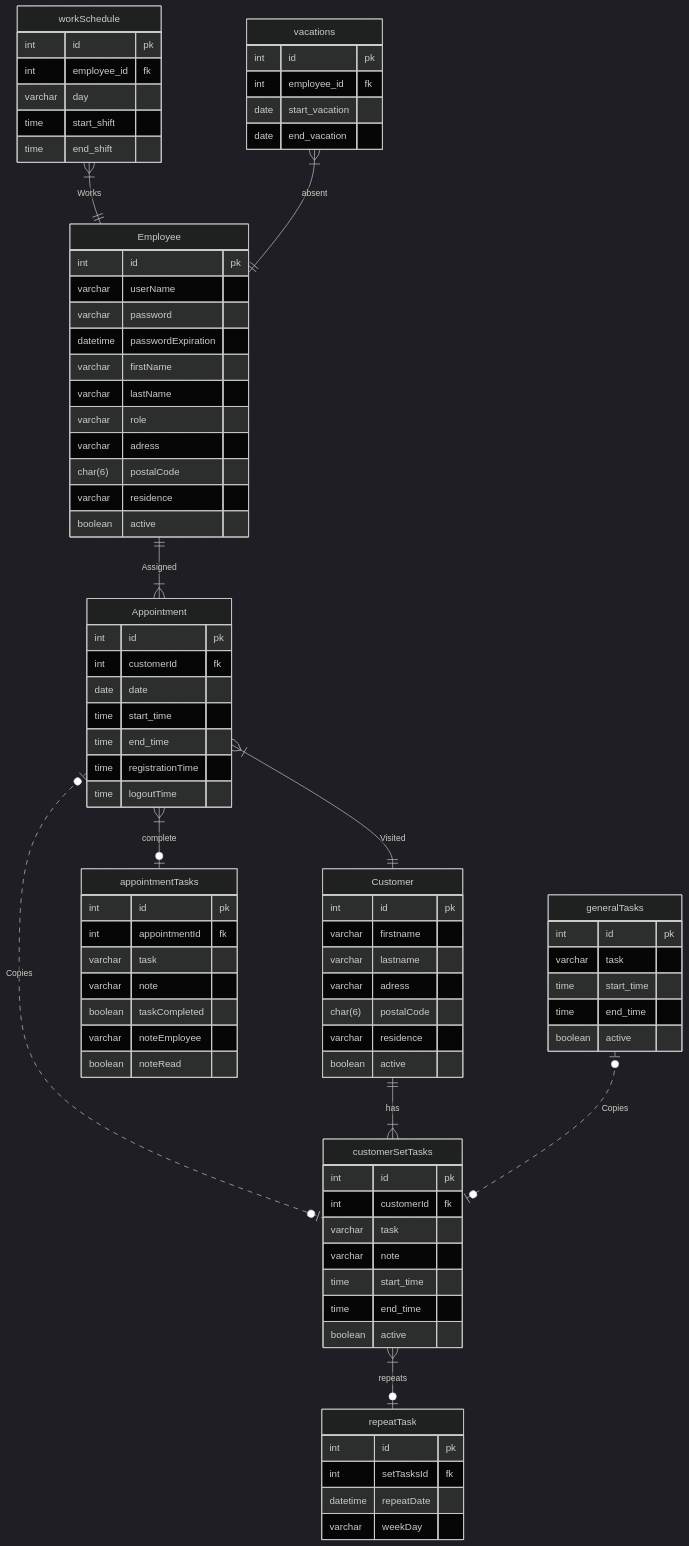
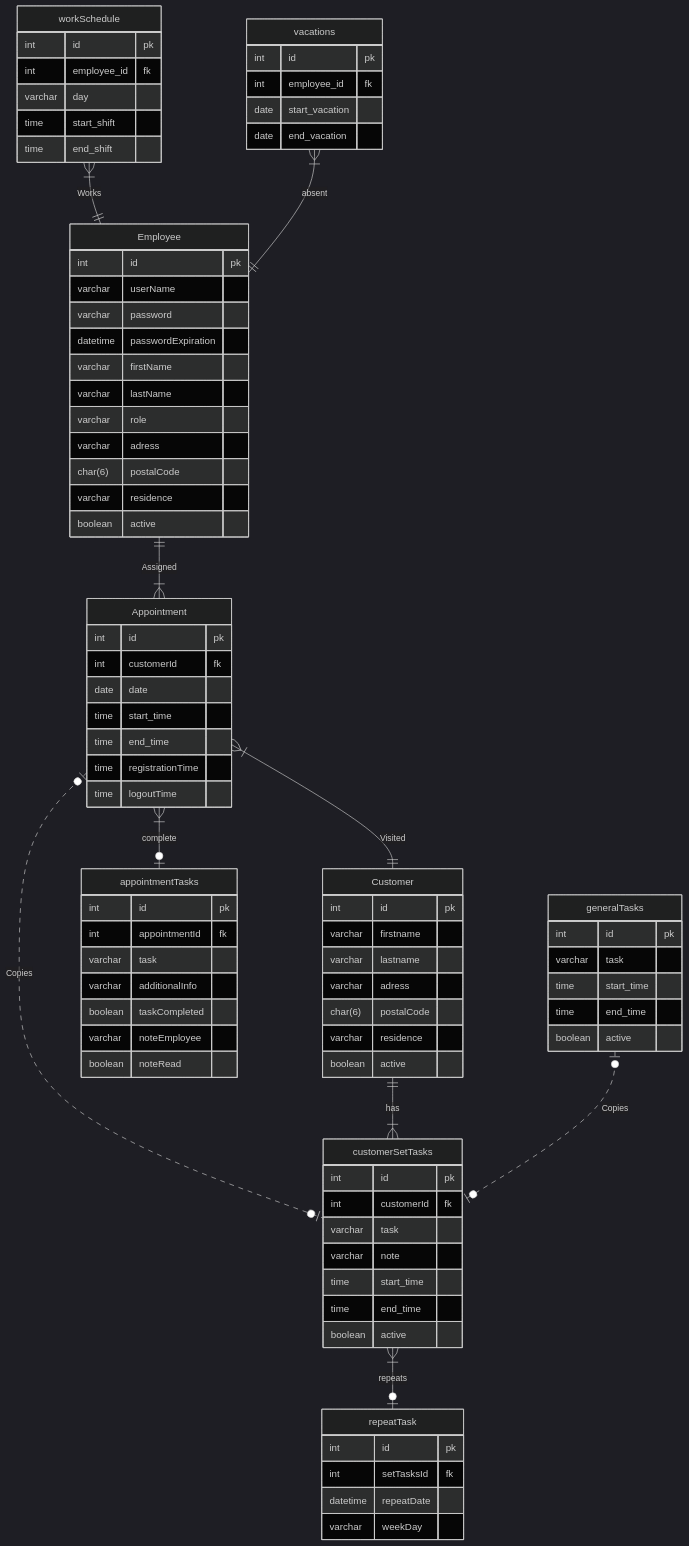
One commit to Educom-Trainees/educom-zorgApp changed the diagram in documentation/ERD.md. Above: the diagram before and after it, drawn with Mermaid (dark theme).

```diff
--- a/documentation/ERD.md
+++ b/documentation/ERD.md
@@ -51,7 +51,7 @@
   int id pk
   int appointmentId fk
   varchar task
-  varchar note
+  varchar additionalInfo
   boolean taskCompleted
   varchar noteEmployee
   boolean noteRead
```
